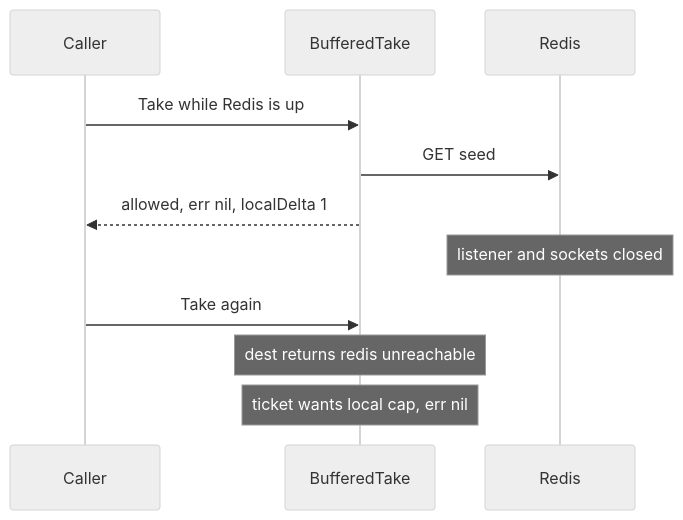
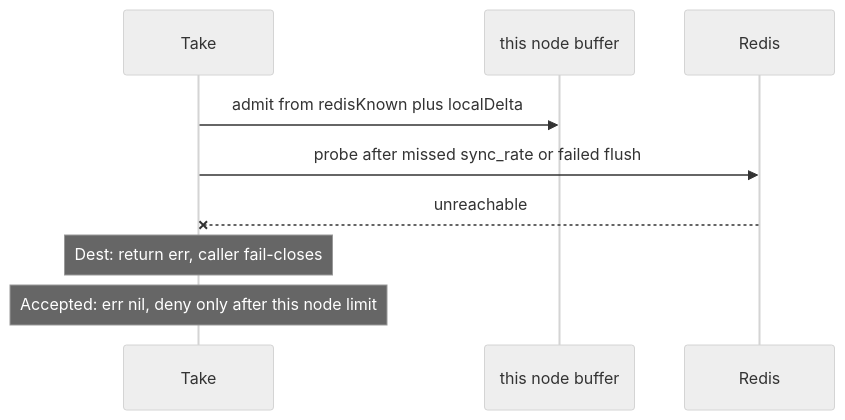
One commit to david-garcia-garcia/traefik-middleware-utilities changed the diagram in devstate/2026/09/2026-09-13-windowcounter-bug-buffered-outage/card.md. Above: the diagram before and after it, drawn with Mermaid (neutral theme). The commit also changed other lines of this file and 2 other files, not shown here.

````diff
--- a/devstate/2026/09/2026-09-13-windowcounter-bug-buffered-outage/card.md
+++ b/devstate/2026/09/2026-09-13-windowcounter-bug-buffered-outage/card.md
@@ -17,13 +17,11 @@
 ```mermaid
 sequenceDiagram
-  participant Caller
-  participant BufferedTake
+  participant Take
+  participant Local as this node buffer
   participant Redis
-  Caller->>BufferedTake: Take while Redis is up
-  BufferedTake->>Redis: GET seed
-  BufferedTake-->>Caller: allowed, err nil, localDelta 1
-  Note over Redis: listener and sockets closed
-  Caller->>BufferedTake: Take again
-  Note over BufferedTake: dest returns redis unreachable
-  Note over BufferedTake: ticket wants local cap, err nil
+  Take->>Local: admit from redisKnown plus localDelta
+  Take->>Redis: probe after missed sync_rate or failed flush
+  Redis--xTake: unreachable
+  Note over Take: Dest: return err, caller fail-closes
+  Note over Take: Accepted: err nil, deny only after this node limit
 ```
````
